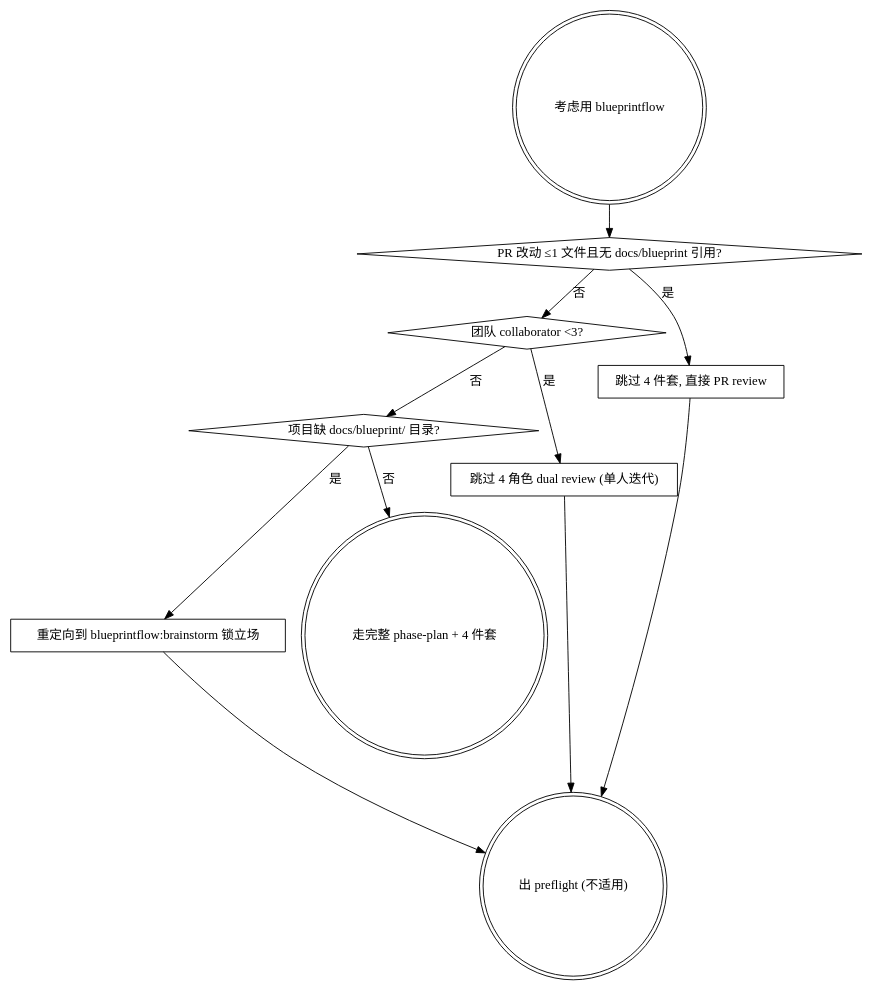
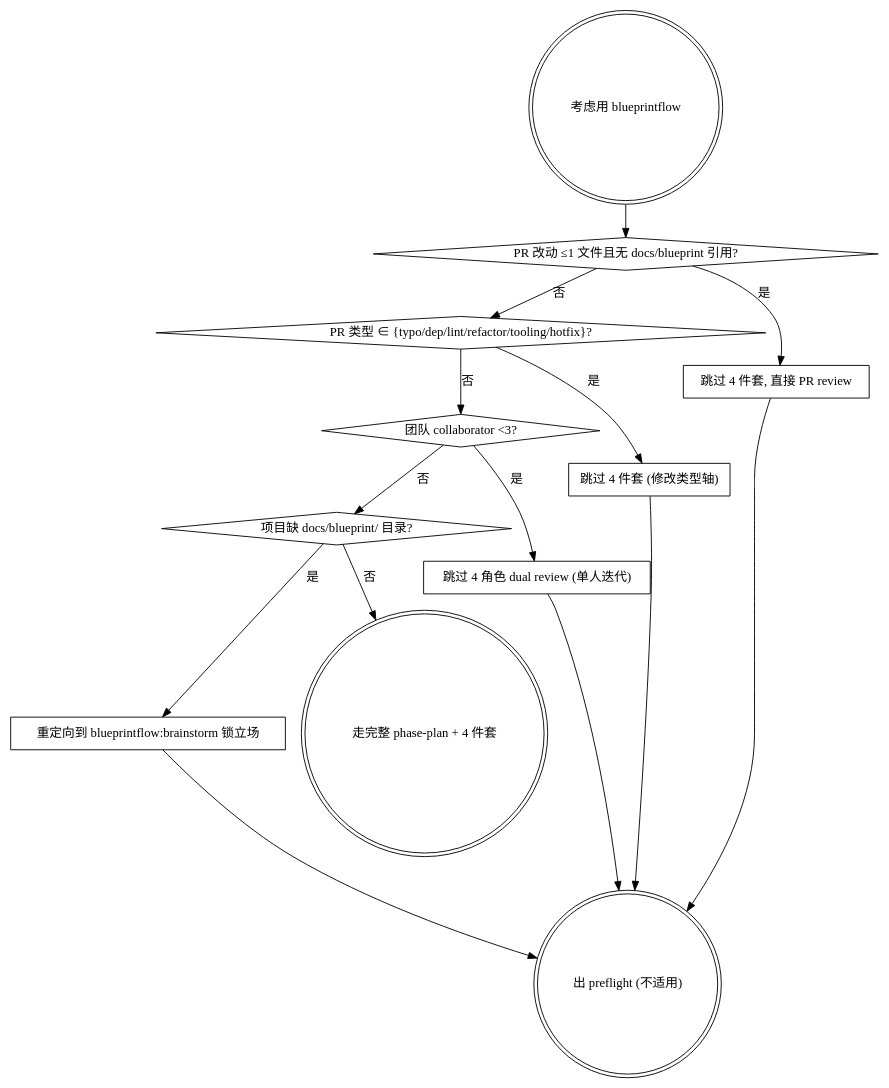
Before and after one commit to codetreker/collab: the diagram in skills/blueprintflow-phase-plan/SKILL.md, drawn with Graphviz. The commit also changed other lines of this file, not shown here.

First line of the commit message:
docs(skills): preflight 加飞马轴 — 修改类型轴 (typo/dep/lint/refactor/tooling/hotfix)

````diff
--- a/skills/blueprintflow-phase-plan/SKILL.md
+++ b/skills/blueprintflow-phase-plan/SKILL.md
@@ -14,26 +14,32 @@
 ```dot
 digraph phase_plan_preflight {
     "考虑用 blueprintflow" [shape=doublecircle];
     "PR 改动 ≤1 文件且无 docs/blueprint 引用?" [shape=diamond];
+    "PR 类型 ∈ {typo/dep/lint/refactor/tooling/hotfix}?" [shape=diamond];
     "团队 collaborator <3?" [shape=diamond];
     "项目缺 docs/blueprint/ 目录?" [shape=diamond];
     "跳过 4 件套, 直接 PR review" [shape=box];
+    "跳过 4 件套 (修改类型轴)" [shape=box];
     "跳过 4 角色 dual review (单人迭代)" [shape=box];
     "重定向到 blueprintflow:brainstorm 锁立场" [shape=box];
     "走完整 phase-plan + 4 件套" [shape=doublecircle];
     "出 preflight (不适用)" [shape=doublecircle];
 
     "考虑用 blueprintflow" -> "PR 改动 ≤1 文件且无 docs/blueprint 引用?";
     "PR 改动 ≤1 文件且无 docs/blueprint 引用?" -> "跳过 4 件套, 直接 PR review" [label="是"];
-    "PR 改动 ≤1 文件且无 docs/blueprint 引用?" -> "团队 collaborator <3?" [label="否"];
+    "PR 改动 ≤1 文件且无 docs/blueprint 引用?" -> "PR 类型 ∈ {typo/dep/lint/refactor/tooling/hotfix}?" [label="否"];
     "跳过 4 件套, 直接 PR review" -> "出 preflight (不适用)";
+
+    "PR 类型 ∈ {typo/dep/lint/refactor/tooling/hotfix}?" -> "跳过 4 件套 (修改类型轴)" [label="是"];
+    "PR 类型 ∈ {typo/dep/lint/refactor/tooling/hotfix}?" -> "团队 collaborator <3?" [label="否"];
+    "跳过 4 件套 (修改类型轴)" -> "出 preflight (不适用)";
 
     "团队 collaborator <3?" -> "跳过 4 角色 dual review (单人迭代)" [label="是"];
     "团队 collaborator <3?" -> "项目缺 docs/blueprint/ 目录?" [label="否"];
     "跳过 4 角色 dual review (单人迭代)" -> "出 preflight (不适用)";
 
     "项目缺 docs/blueprint/ 目录?" -> "重定向到 blueprintflow:brainstorm 锁立场" [label="是"];
     "项目缺 docs/blueprint/ 目录?" -> "走完整 phase-plan + 4 件套" [label="否"];
     "重定向到 blueprintflow:brainstorm 锁立场" -> "出 preflight (不适用)";
 }
 ```
````
